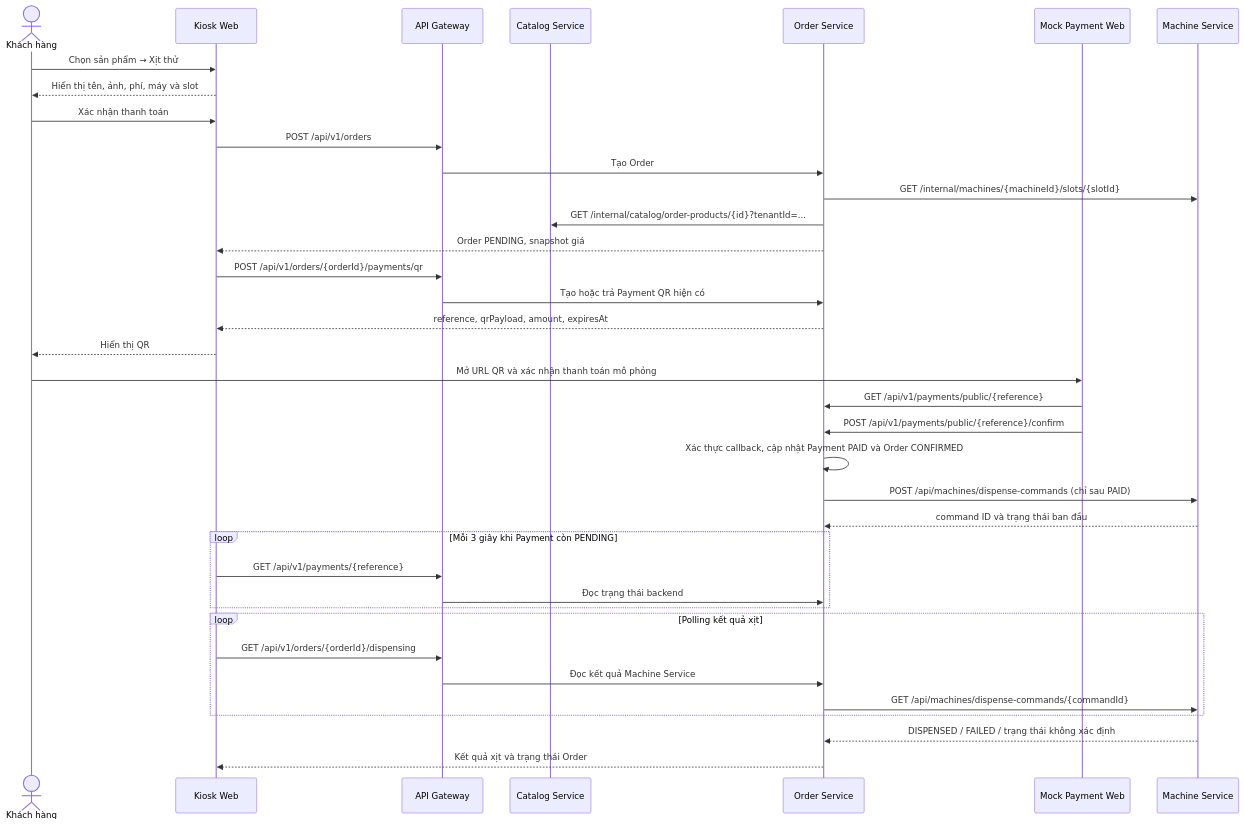
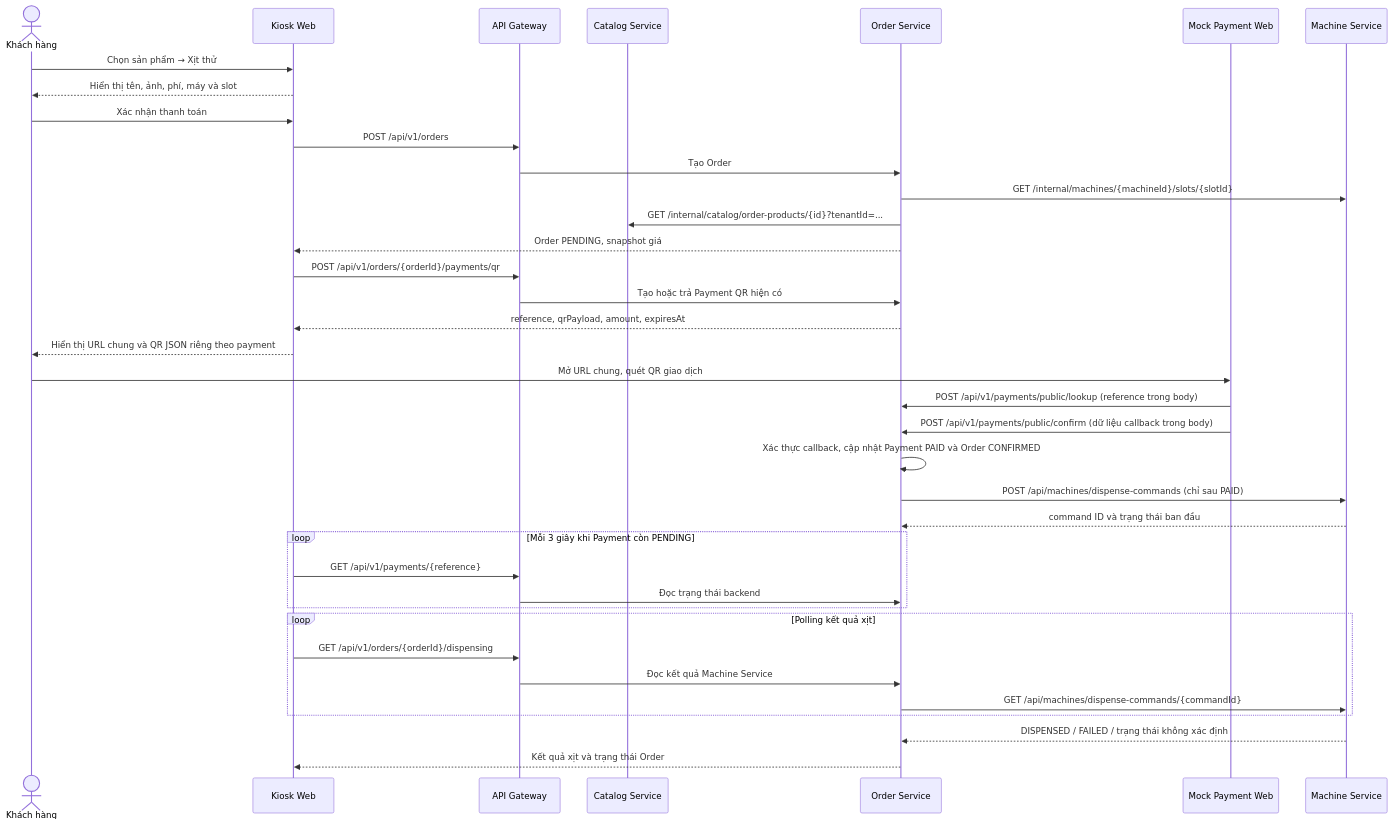
The diagram in docs/kiosk-web/TRIAL_SPRAY_AND_QR_PAYMENT.md (phuoc523/reportDevelopingOOPsoftware), drawn with Mermaid before and after one commit. The commit also changed other lines of this file and 34 other files, not shown here.

````diff
--- a/docs/kiosk-web/TRIAL_SPRAY_AND_QR_PAYMENT.md
+++ b/docs/kiosk-web/TRIAL_SPRAY_AND_QR_PAYMENT.md
@@ -32,40 +32,40 @@
 ```mermaid
 sequenceDiagram
     actor KhachHang as Khách hàng
     participant Kiosk as Kiosk Web
     participant Gateway as API Gateway
     participant Catalog as Catalog Service
     participant Order as Order Service
     participant Mock as Mock Payment Web
     participant Machine as Machine Service
 
     KhachHang->>Kiosk: Chọn sản phẩm → Xịt thử
     Kiosk-->>KhachHang: Hiển thị tên, ảnh, phí, máy và slot
     KhachHang->>Kiosk: Xác nhận thanh toán
     Kiosk->>Gateway: POST /api/v1/orders
     Gateway->>Order: Tạo Order
     Order->>Machine: GET /internal/machines/{machineId}/slots/{slotId}
     Order->>Catalog: GET /internal/catalog/order-products/{id}?tenantId=...
     Order-->>Kiosk: Order PENDING, snapshot giá
     Kiosk->>Gateway: POST /api/v1/orders/{orderId}/payments/qr
     Gateway->>Order: Tạo hoặc trả Payment QR hiện có
     Order-->>Kiosk: reference, qrPayload, amount, expiresAt
-    Kiosk-->>KhachHang: Hiển thị QR
-    KhachHang->>Mock: Mở URL QR và xác nhận thanh toán mô phỏng
-    Mock->>Order: GET /api/v1/payments/public/{reference}
-    Mock->>Order: POST /api/v1/payments/public/{reference}/confirm
+    Kiosk-->>KhachHang: Hiển thị URL chung và QR JSON riêng theo payment
+    KhachHang->>Mock: Mở URL chung, quét QR giao dịch
+    Mock->>Order: POST /api/v1/payments/public/lookup (reference trong body)
+    Mock->>Order: POST /api/v1/payments/public/confirm (dữ liệu callback trong body)
     Order->>Order: Xác thực callback, cập nhật Payment PAID và Order CONFIRMED
     Order->>Machine: POST /api/machines/dispense-commands (chỉ sau PAID)
     Machine-->>Order: command ID và trạng thái ban đầu
     loop Mỗi 3 giây khi Payment còn PENDING
         Kiosk->>Gateway: GET /api/v1/payments/{reference}
         Gateway->>Order: Đọc trạng thái backend
     end
     loop Polling kết quả xịt
         Kiosk->>Gateway: GET /api/v1/orders/{orderId}/dispensing
         Gateway->>Order: Đọc kết quả Machine Service
         Order->>Machine: GET /api/machines/dispense-commands/{commandId}
     end
     Machine-->>Order: DISPENSED / FAILED / trạng thái không xác định
     Order-->>Kiosk: Kết quả xịt và trạng thái Order
 ```
````
